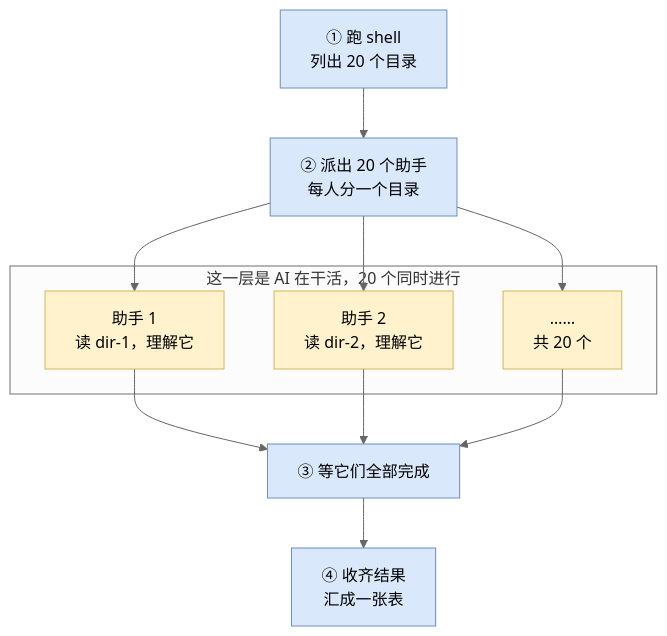
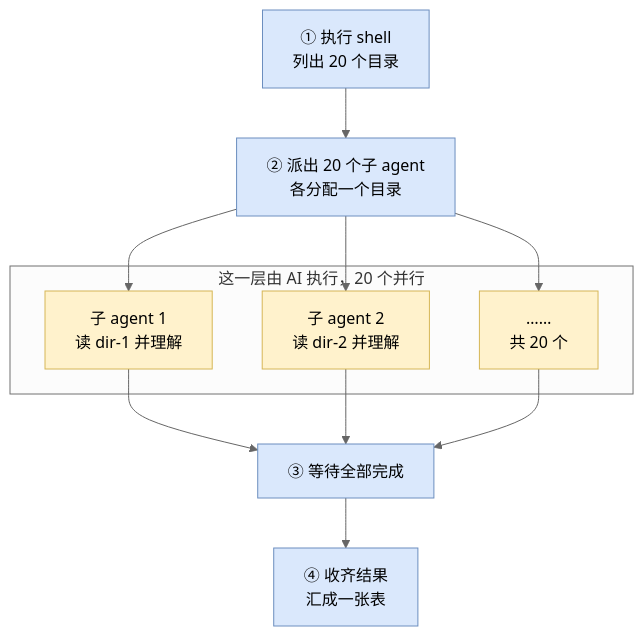
One commit to Brainary-Team/brainary-codex-docs changed the first of 3 diagrams in 01-overview.md. Above: the diagram before and after it, drawn with Mermaid (neutral theme). The commit also changed other lines of this file and 10 other files, not shown here.

````diff
--- a/01-overview.md
+++ b/01-overview.md
@@ -18,26 +23,26 @@
 ```mermaid
 graph TD
-    S1["① 跑 shell<br/>列出 20 个目录"] --> S2["② 派出 20 个助手<br/>每人分一个目录"]
+    S1["① 执行 shell<br/>列出 20 个目录"] --> S2["② 派出 20 个子 agent<br/>各分配一个目录"]
 
-    subgraph AI["这一层是 AI 在干活，20 个同时进行"]
-      A1["助手 1<br/>读 dir-1，理解它"]
-      A2["助手 2<br/>读 dir-2，理解它"]
+    subgraph AI["这一层由 AI 执行，20 个并行"]
+      A1["子 agent 1<br/>读 dir-1 并理解"]
+      A2["子 agent 2<br/>读 dir-2 并理解"]
       AN["……<br/>共 20 个"]
     end
 
     S2 --> A1
     S2 --> A2
     S2 --> AN
-    A1 --> S3["③ 等它们全部完成"]
+    A1 --> S3["③ 等待全部完成"]
     A2 --> S3
     AN --> S3
     S3 --> S4["④ 收齐结果<br/>汇成一张表"]
 
     style S1 fill:#dae8fc,stroke:#6c8ebf
     style S2 fill:#dae8fc,stroke:#6c8ebf
     style S3 fill:#dae8fc,stroke:#6c8ebf
     style S4 fill:#dae8fc,stroke:#6c8ebf
     style A1 fill:#fff2cc,stroke:#d6b656
     style A2 fill:#fff2cc,stroke:#d6b656
     style AN fill:#fff2cc,stroke:#d6b656
 ```
````
